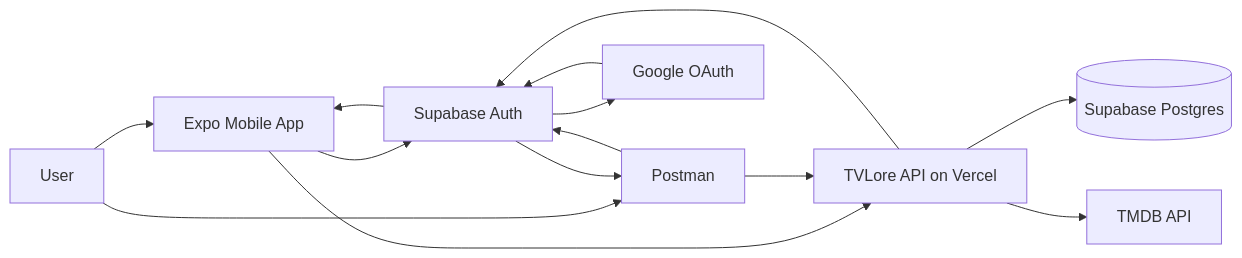
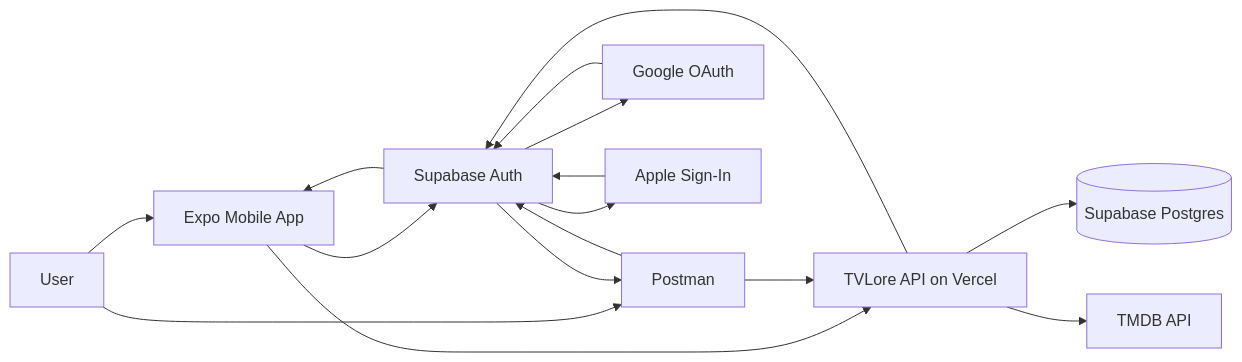
One commit to luiskabal/tvlore changed the first of 9 diagrams in docs/current-state.md. Above: the diagram before and after it, drawn with Mermaid. The commit also changed other lines of this file and 15 other files, not shown here.

Commit message:
feat(mobile): add Sign in with Apple

````diff
--- a/docs/current-state.md
+++ b/docs/current-state.md
@@ -87,27 +87,30 @@
 ```mermaid
 flowchart LR
   User[User]
   Mobile[Expo Mobile App]
   Postman[Postman]
   SupabaseAuth[Supabase Auth]
   Google[Google OAuth]
+  Apple[Apple Sign-In]
   API[TVLore API on Vercel]
   DB[(Supabase Postgres)]
   TMDB[TMDB API]
 
   User --> Mobile
   User --> Postman
 
   Mobile --> SupabaseAuth
   Postman --> SupabaseAuth
   SupabaseAuth --> Google
   Google --> SupabaseAuth
+  SupabaseAuth --> Apple
+  Apple --> SupabaseAuth
   SupabaseAuth --> Mobile
   SupabaseAuth --> Postman
 
   Mobile --> API
   Postman --> API
   API --> SupabaseAuth
   API --> DB
   API --> TMDB
 ```
````
